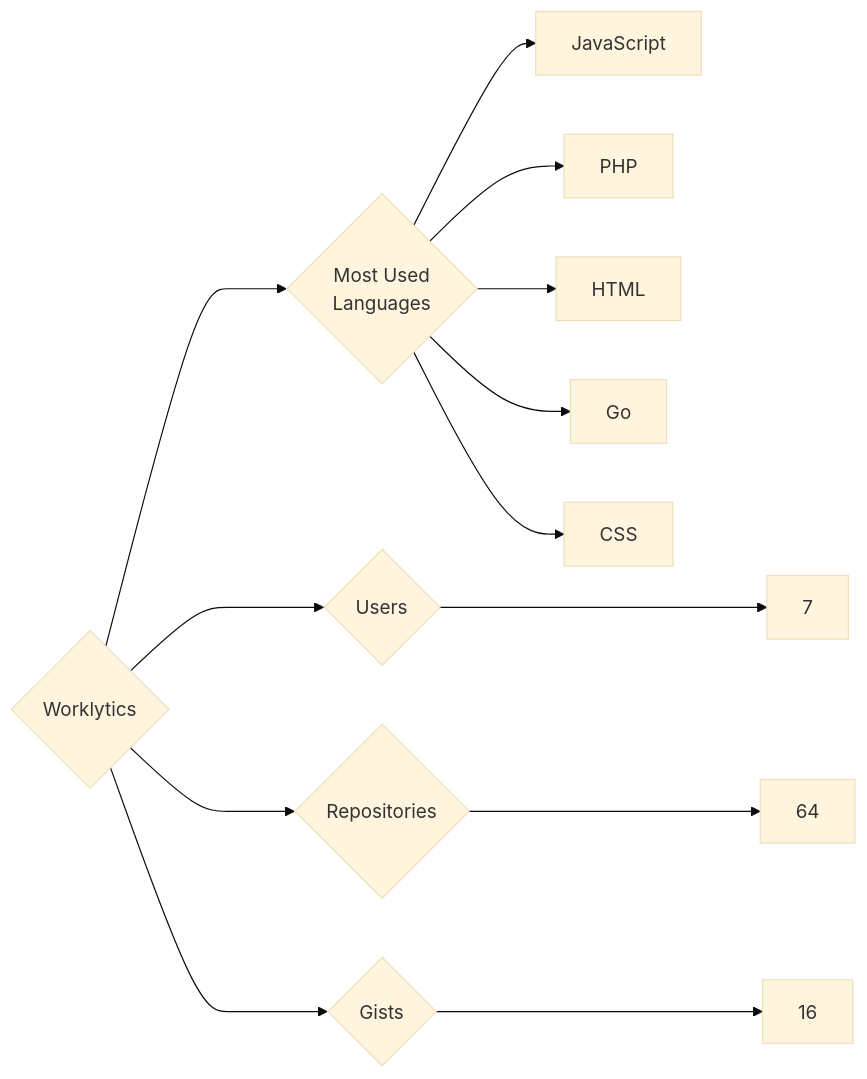
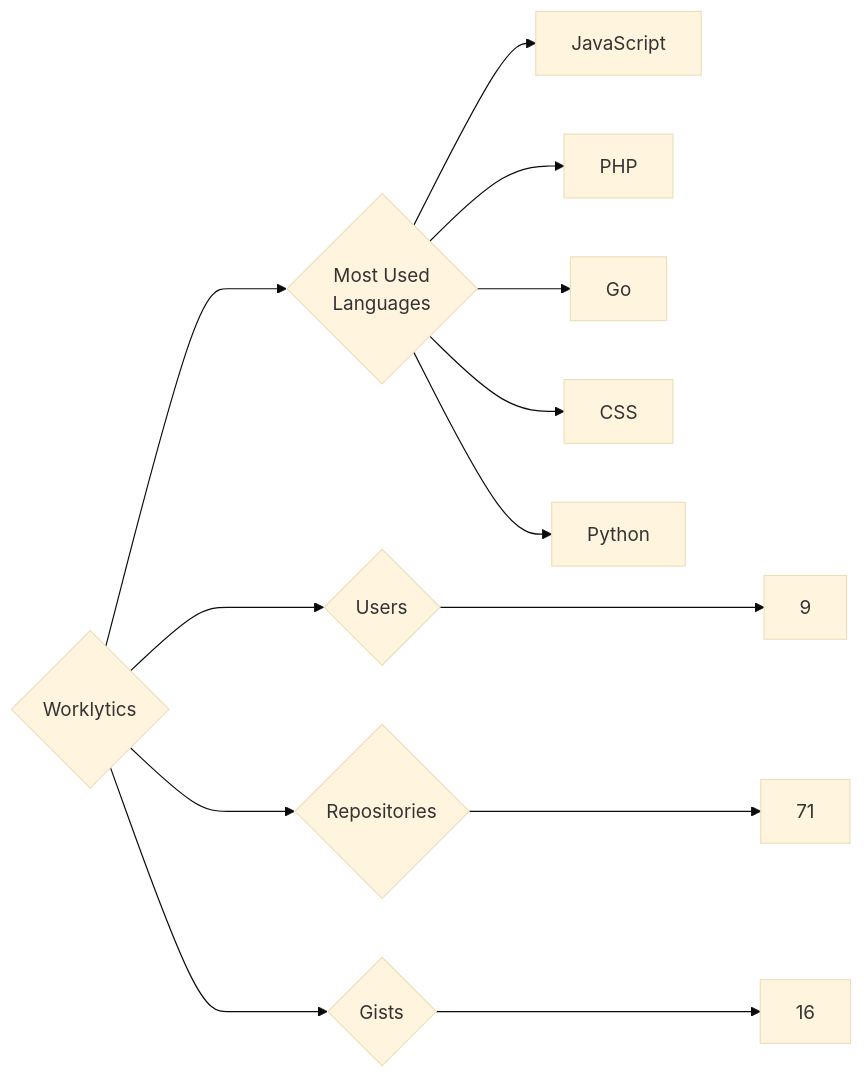
Before and after one commit to trickest/insiders: the diagram in targets/Worklytics/README.md, drawn with Mermaid (base theme). The commit also changed 1479 other files, not shown here.

````diff
--- a/targets/Worklytics/README.md
+++ b/targets/Worklytics/README.md
@@ -3,13 +3,13 @@
 ```mermaid
 graph LR
 COMPANY_NAME{Worklytics}
-COMPANY_NAME ---> U{Users} ---> UN[7]
-COMPANY_NAME ---> R{Repositories} ---> RN[64]
+COMPANY_NAME ---> U{Users} ---> UN[9]
+COMPANY_NAME ---> R{Repositories} ---> RN[71]
 COMPANY_NAME ---> G{Gists} ---> GN[16]
 COMPANY_NAME ---> ML{Most Used<br>Languages}
 ML --> JavaScript[JavaScript]
 ML --> PHP[PHP]
-ML --> HTML[HTML]
 ML --> Go[Go]
 ML --> CSS[CSS]
+ML --> Python[Python]
 ```
````
